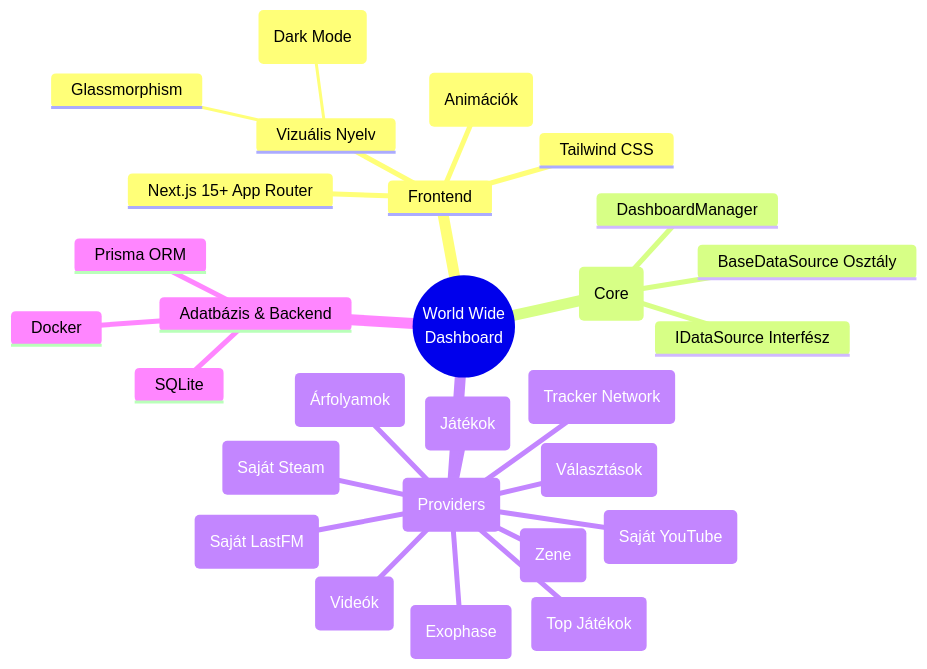
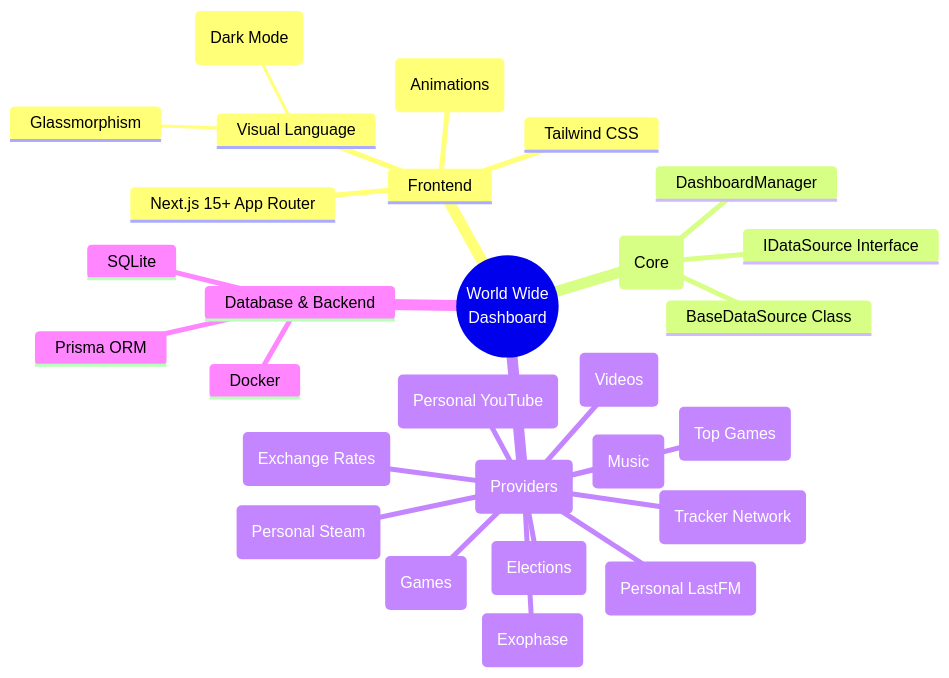
Before and after one commit to CsPS0/WorldWideDashBoard: the diagram in docs/UML/MINDMAP.md, drawn with Mermaid. The commit also changed other lines of this file and 41 other files, not shown here.

````diff
--- a/docs/UML/MINDMAP.md
+++ b/docs/UML/MINDMAP.md
@@ -4,32 +4,32 @@
 ```mermaid
 mindmap
   root((World Wide
     Dashboard))
     Frontend
       Next.js 15+ App Router
       Tailwind CSS
-      Anime.js (Animációk)
-      Vizuális Nyelv
+      Anime.js (Animations)
+      Visual Language
         Glassmorphism
-        Sötét Téma (Dark Mode)
-    Architektúra (Core)
+        Dark Theme (Dark Mode)
+    Architecture (Core)
       DashboardManager
-      IDataSource Interfész
-      BaseDataSource Osztály
-    Adatforrások (Providers)
-      SteamProvider (Játékok)
-      YouTubeProvider (Videók)
-      PoliticsProvider (Választások)
-      FinanceProvider (Árfolyamok)
-      MusicProvider (Zene)
+      IDataSource Interface
+      BaseDataSource Class
+    Data Sources (Providers)
+      SteamProvider (Games)
+      YouTubeProvider (Videos)
+      PoliticsProvider (Elections)
+      FinanceProvider (Exchange Rates)
+      MusicProvider (Music)
       TRNProvider (Tracker Network)
       ExophaseProvider (Exophase)
-      SteamPersonalProvider (Saját Steam)
-      LastFmPersonalProvider (Saját LastFM)
-      YouTubePersonalProvider (Saját YouTube)
-      SteamTopGamesProvider (Top Játékok)
-    Adatbázis & Backend
+      SteamPersonalProvider (Personal Steam)
+      LastFmPersonalProvider (Personal LastFM)
+      YouTubePersonalProvider (Personal YouTube)
+      SteamTopGamesProvider (Top Games)
+    Database & Backend
       Prisma ORM
       SQLite
       Docker
 ```
````
